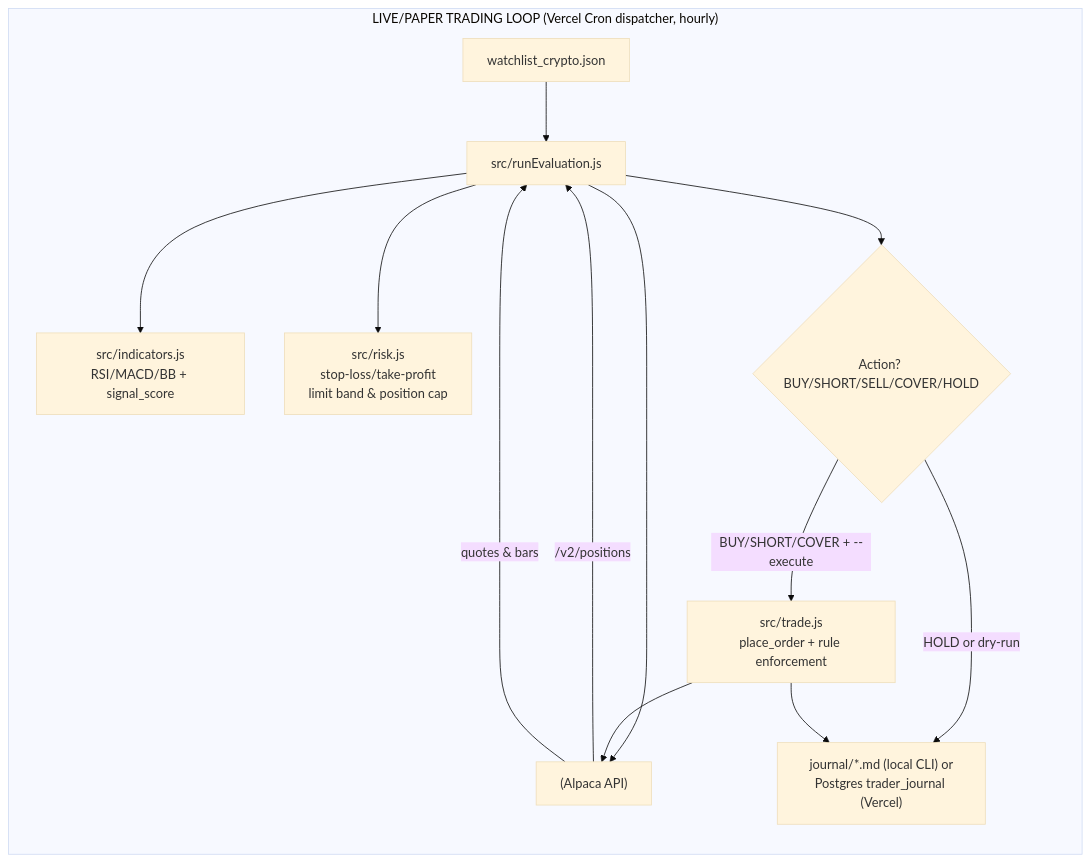
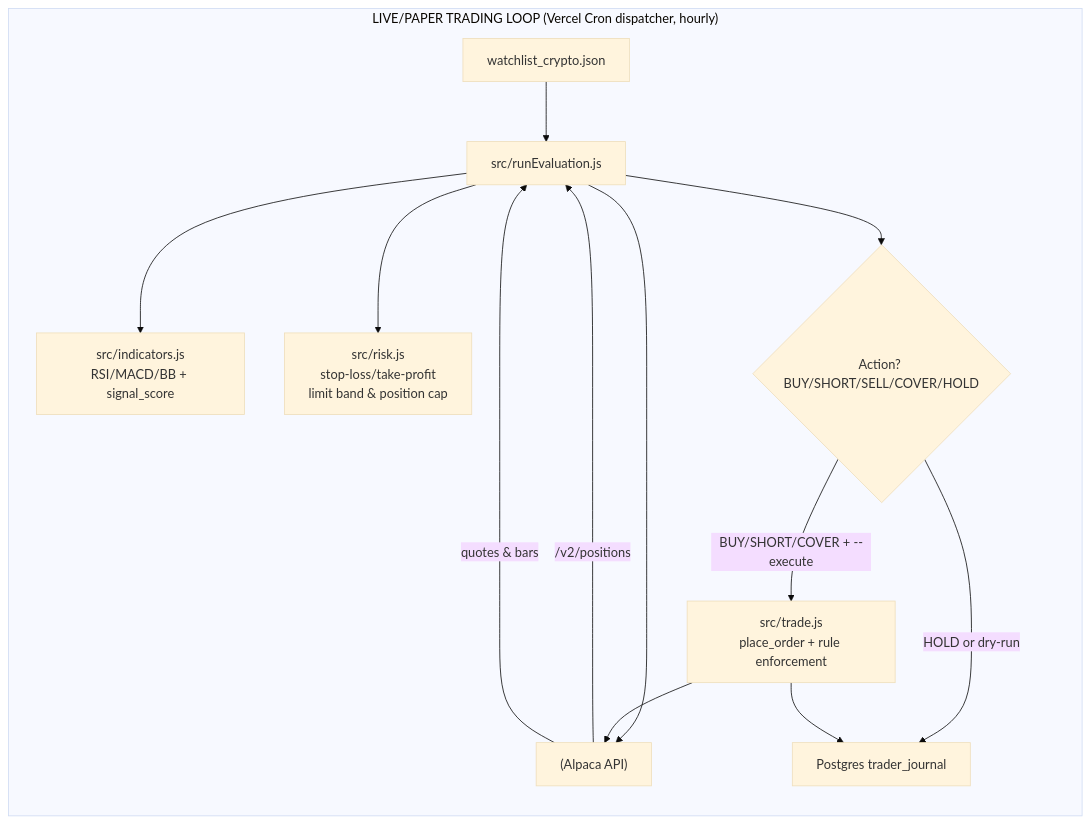
The diagram in README.md (ekuipers/crypto-pro-trading), drawn with Mermaid (base theme) before and after one commit. The commit also changed other lines of this file and 7 other files, not shown here.

````diff
--- a/README.md
+++ b/README.md
@@ -141,16 +131,16 @@
 ```mermaid
 flowchart LR
   subgraph LIVE["LIVE/PAPER TRADING LOOP (Vercel Cron dispatcher, hourly)"]
     A[watchlist_crypto.json] --> B["src/runEvaluation.js"]
     B --> C["(Alpaca API)"]
     C -->|/v2/positions| B
     C -->|quotes & bars| B
     B --> D["src/indicators.js\nRSI/MACD/BB + signal_score"]
     B --> E["src/risk.js\nstop-loss/take-profit\nlimit band & position cap"]
     B --> F{Action? BUY/SHORT/SELL/COVER/HOLD}
     F -->|BUY/SHORT/COVER + --execute| G["src/trade.js\nplace_order + rule enforcement"]
     G --> C
-    F -->|HOLD or dry-run| H["journal/*.md (local CLI) or\nPostgres trader_journal (Vercel)"]
+    F -->|HOLD or dry-run| H["Postgres trader_journal"]
     G --> H
   end
 ```
````
